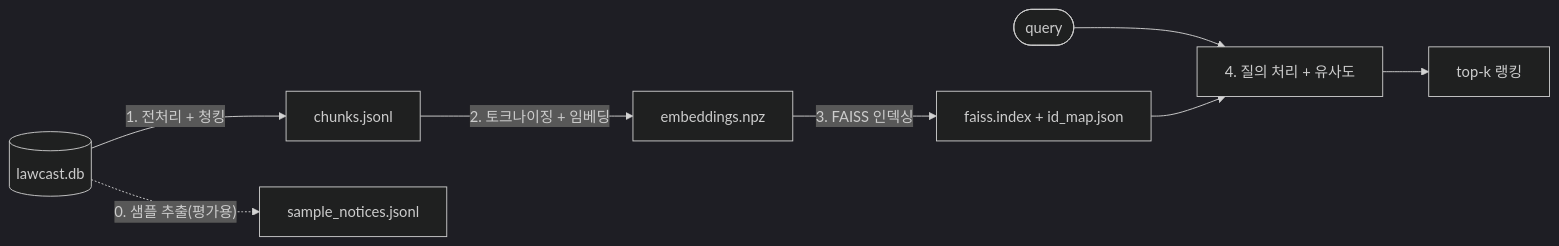
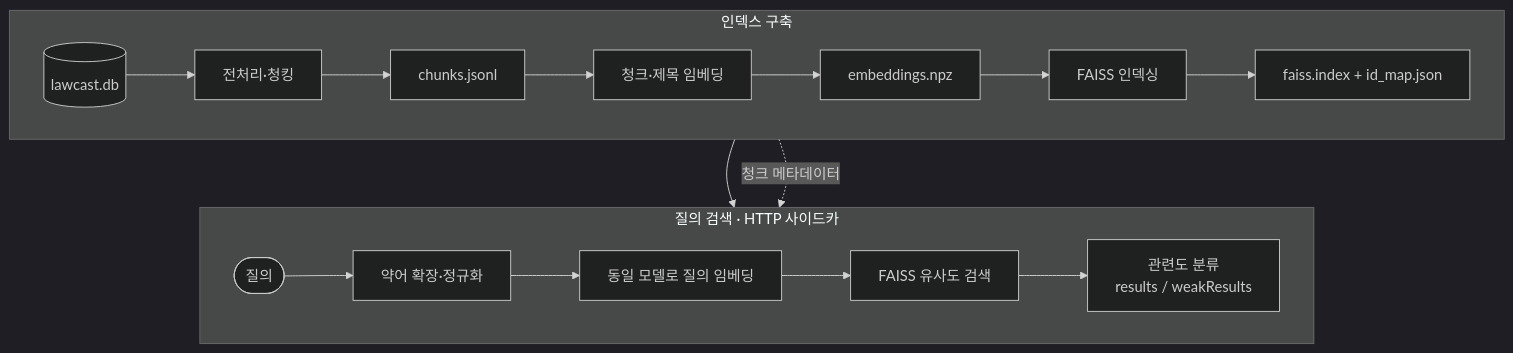
Before and after one commit to vientofactory/semantic-search: the diagram in README.md, drawn with Mermaid (dark theme). The commit also changed other lines of this file and 1 other file, not shown here.

Commit message:
docs: simplify semantic search README (#19)

````diff
--- a/README.md
+++ b/README.md
@@ -14,10 +9,23 @@
 ```mermaid
-flowchart LR
-    db[("lawcast.db")] -->|1. 전처리 + 청킹| chunks["chunks.jsonl"]
-    db -.->|"0. 샘플 추출(평가용)"| sample["sample_notices.jsonl"]
-    chunks -->|2. 토크나이징 + 임베딩| emb["embeddings.npz"]
-    emb -->|3. FAISS 인덱싱| idx["faiss.index + id_map.json"]
-    query(["query"]) --> search["4. 질의 처리 + 유사도"]
-    idx --> search
-    search --> result["top-k 랭킹"]
+flowchart TB
+    subgraph indexing["인덱스 구축"]
+        direction LR
+        db[("lawcast.db")] --> preprocess["전처리·청킹"]
+        preprocess --> chunks["chunks.jsonl"]
+        chunks --> embed["청크·제목 임베딩"]
+        embed --> vectors["embeddings.npz"]
+        vectors --> build["FAISS 인덱싱"]
+        build --> index["faiss.index + id_map.json"]
+    end
+
+    subgraph retrieval["질의 검색 · HTTP 사이드카"]
+        direction LR
+        query(["질의"]) --> aliases["약어 확장·정규화"]
+        aliases --> queryEmbed["동일 모델로 질의 임베딩"]
+        queryEmbed --> search["FAISS 유사도 검색"]
+        search --> results["관련도 분류<br/>results / weakResults"]
+    end
+
+    index --> search
+    chunks -.->|청크 메타데이터| search
 ```
````
